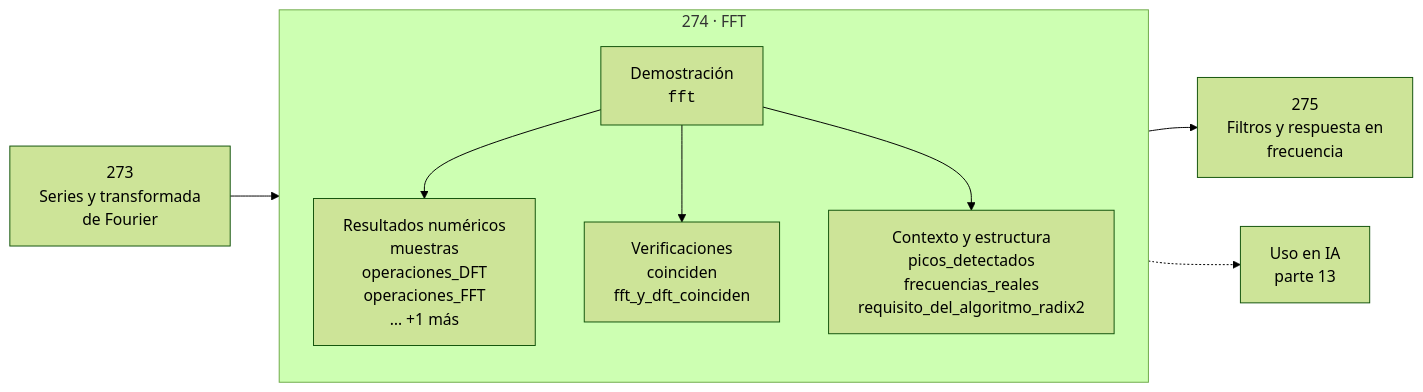
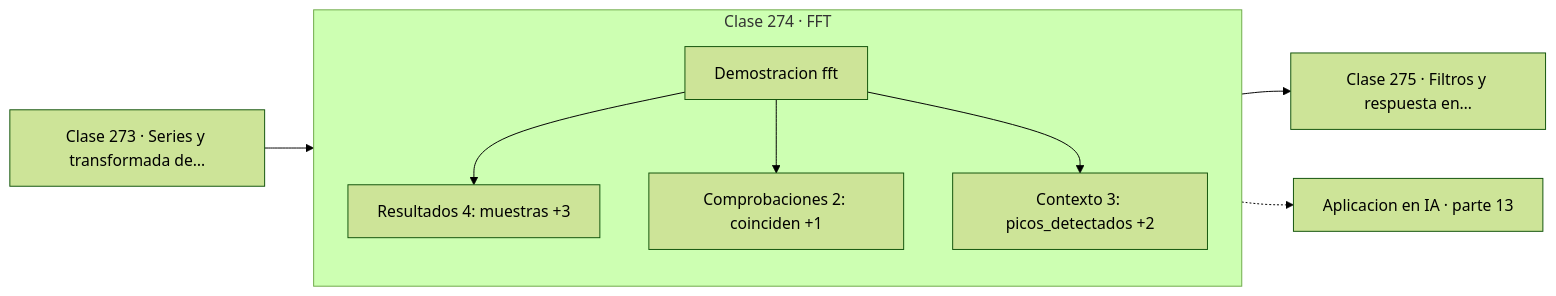
Before and after one commit to vladimiracunadev-create/computational-mathematics-program: the diagram in classes/part-13-teoria-de-la-informacion-senales-y-series/274-fft/README.md, drawn with Mermaid (forest theme). The commit also changed 389 other files, not shown here.

First line of the commit message:
fix(diagramas): elimina el HTML de las etiquetas Mermaid

````diff
--- a/classes/part-13-teoria-de-la-informacion-senales-y-series/274-fft/README.md
+++ b/classes/part-13-teoria-de-la-informacion-senales-y-series/274-fft/README.md
@@ -30,12 +30,13 @@
 ```mermaid
 flowchart LR
-    P["273<br/>Series y transformada<br/>de Fourier"] --> C
-    subgraph C["274 · FFT"]
+    P["Clase 273 · Series y transformada de…"] --> D
+    subgraph CLASE["Clase 274 · FFT"]
         direction TB
-        D["Demostración<br/><code>fft</code>"] --> R["Resultados numéricos<br/>muestras<br/>operaciones_DFT<br/>operaciones_FFT<br/>… +1 más"]
-        D --> V["Verificaciones<br/>coinciden<br/>fft_y_dft_coinciden"]
-        D --> O["Contexto y estructura<br/>picos_detectados<br/>frecuencias_reales<br/>requisito_del_algoritmo_radix2"]
+        D["Demostracion fft"]
+        D --> R["Resultados 4: muestras +3"]
+        D --> V["Comprobaciones 2: coinciden +1"]
+        D --> O["Contexto 3: picos_detectados +2"]
     end
-    C --> N["275<br/>Filtros y respuesta en<br/>frecuencia"]
-    C -.-> IA["Uso en IA<br/>parte 13"]
+    R --> N["Clase 275 · Filtros y respuesta en…"]
+    V -.-> IA["Aplicacion en IA · parte 13"]
 ```
````
